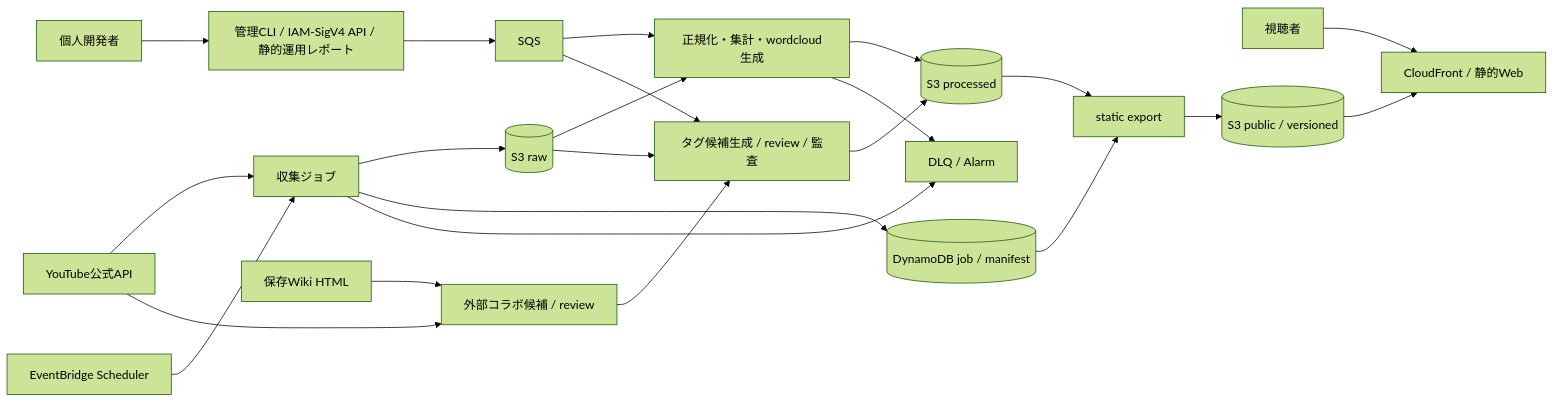
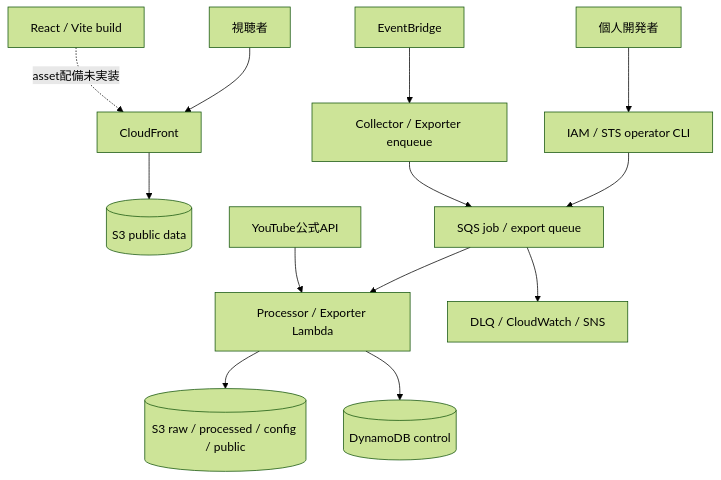
Before and after one commit to tsuji-tomonori/diopside-v7: the diagram in docs/spec/20.requirements-definition.md, drawn with Mermaid (forest theme). The commit also changed other lines of this file and 14 other files, not shown here.

Commit message:
docs: align architecture with current implementation

````diff
--- a/docs/spec/20.requirements-definition.md
+++ b/docs/spec/20.requirements-definition.md
@@ -219,25 +221,17 @@
 ```mermaid
-flowchart LR
-  Viewer[視聴者] --> CDN[CloudFront / 静的Web]
-  Operator[個人開発者] --> Admin[管理CLI / IAM-SigV4 API / 静的運用レポート]
-  YT[YouTube公式API] --> Collect[収集ジョブ]
-  Wiki[保存Wiki HTML] --> Discover[外部コラボ候補 / review]
-  YT --> Discover
-  Scheduler[EventBridge Scheduler] --> Collect
-  Admin --> Queue[SQS]
-  Collect --> Raw[(S3 raw)]
-  Collect --> State[(DynamoDB job / manifest)]
-  Raw --> Process[正規化・集計・wordcloud生成]
-  Raw --> Tag[タグ候補生成 / review / 監査]
-  Discover --> Tag
-  Queue --> Process
-  Queue --> Tag
-  Process --> Processed[(S3 processed)]
-  Tag --> Processed
-  Processed --> Export[static export]
-  State --> Export
-  Export --> Public[(S3 public / versioned)]
-  Public --> CDN
-  Collect --> DLQ[DLQ / Alarm]
-  Process --> DLQ
+flowchart TB
+  Viewer[視聴者] --> CDN[CloudFront]
+  CDN --> Public[(S3 public data)]
+  Web[React / Vite build] -. asset配備未実装 .-> CDN
+
+  Operator[個人開発者] --> CLI[IAM / STS operator CLI]
+  Scheduler[EventBridge] --> Enqueue[Collector / Exporter enqueue]
+  CLI --> Queue[SQS job / export queue]
+  Enqueue --> Queue
+
+  Queue --> Workers[Processor / Exporter Lambda]
+  YT[YouTube公式API] --> Workers
+  Workers --> Stores[(S3 raw / processed / config / public)]
+  Workers --> State[(DynamoDB control)]
+  Queue --> DLQ[DLQ / CloudWatch / SNS]
 ```
````
